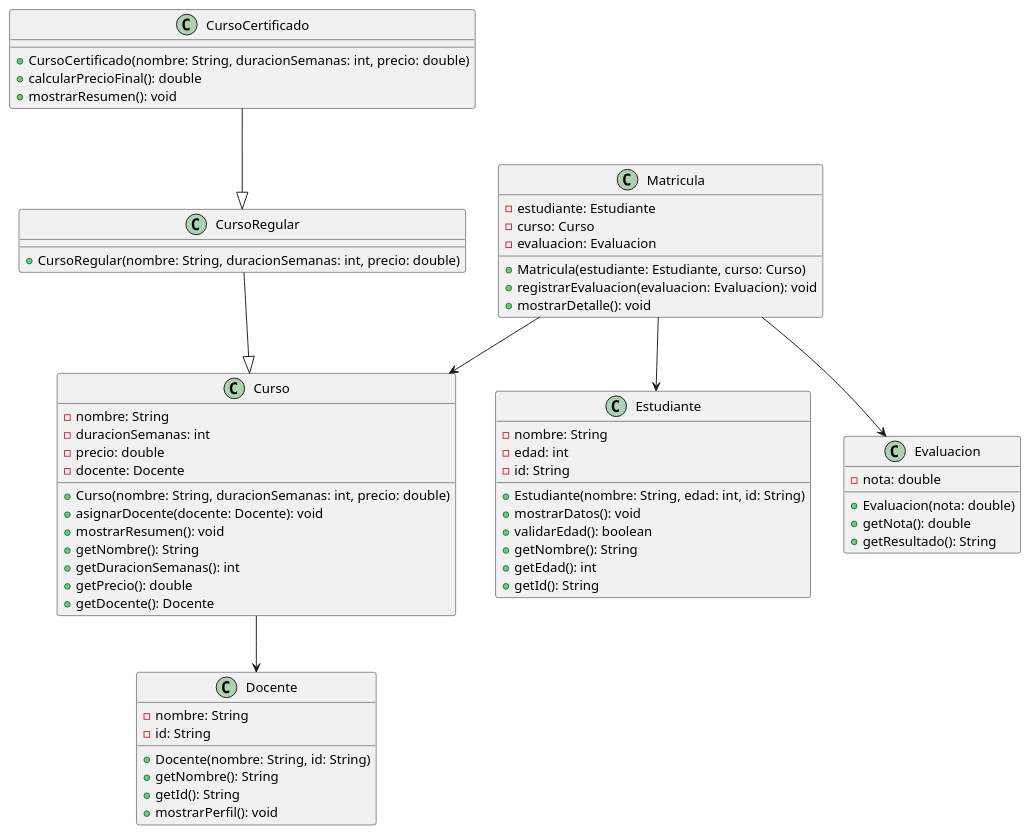
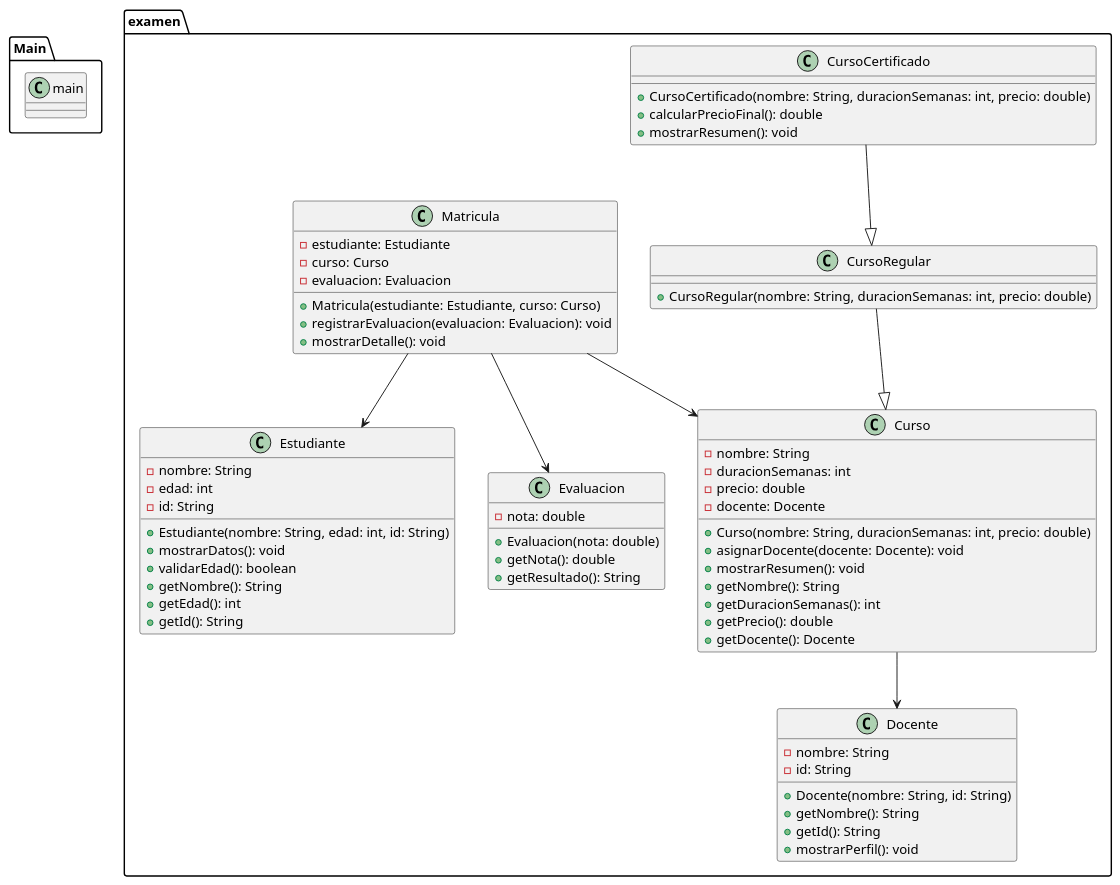
Before and after one commit to santyxxx-xxx/examen1: the diagram in prueba.puml, drawn with PlantUML. The commit also changed 9 other files, not shown here.

```diff
--- a/prueba.puml
+++ b/prueba.puml
@@ -1,78 +1,82 @@
 @startuml
+package Main{
+class main
+}
 
 ' =================== CLASES BASE ===================
-
+package examen{
 class Curso {
   - nombre: String
   - duracionSemanas: int
   - precio: double
   - docente: Docente
   + Curso(nombre: String, duracionSemanas: int, precio: double)
   + asignarDocente(docente: Docente): void
   + mostrarResumen(): void
   + getNombre(): String
   + getDuracionSemanas(): int
   + getPrecio(): double
   + getDocente(): Docente
 }
 
 class CursoRegular {
   + CursoRegular(nombre: String, duracionSemanas: int, precio: double)
 }
 
 class CursoCertificado {
   + CursoCertificado(nombre: String, duracionSemanas: int, precio: double)
   + calcularPrecioFinal(): double
   + mostrarResumen(): void
 }
 
 class Docente {
   - nombre: String
   - id: String
   + Docente(nombre: String, id: String)
   + getNombre(): String
   + getId(): String
   + mostrarPerfil(): void
 }
 
 class Estudiante {
   - nombre: String
   - edad: int
   - id: String
   + Estudiante(nombre: String, edad: int, id: String)
   + mostrarDatos(): void
   + validarEdad(): boolean
   + getNombre(): String
   + getEdad(): int
   + getId(): String
 }
 
 class Matricula {
   - estudiante: Estudiante
   - curso: Curso
   - evaluacion: Evaluacion
   + Matricula(estudiante: Estudiante, curso: Curso)
   + registrarEvaluacion(evaluacion: Evaluacion): void
   + mostrarDetalle(): void
 }
 
 class Evaluacion {
   - nota: double
   + Evaluacion(nota: double)
   + getNota(): double
   + getResultado(): String
 }
+}
 
 ' =================== HERENCIA ===================
 
 CursoRegular --|> Curso
 CursoCertificado --|> CursoRegular
 
 ' =================== ASOCIACIONES ===================
 
 Curso --> Docente
 Matricula --> Estudiante
 Matricula --> Curso
 Matricula --> Evaluacion
 
 @enduml
```
